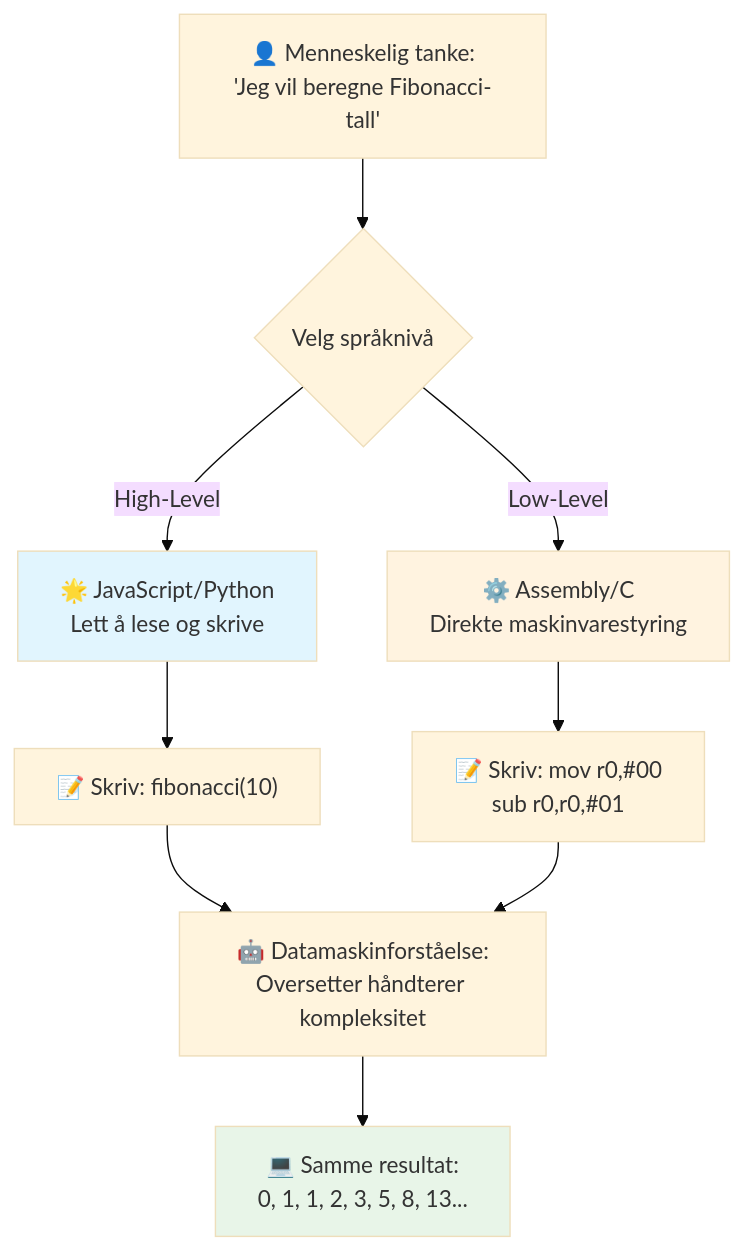
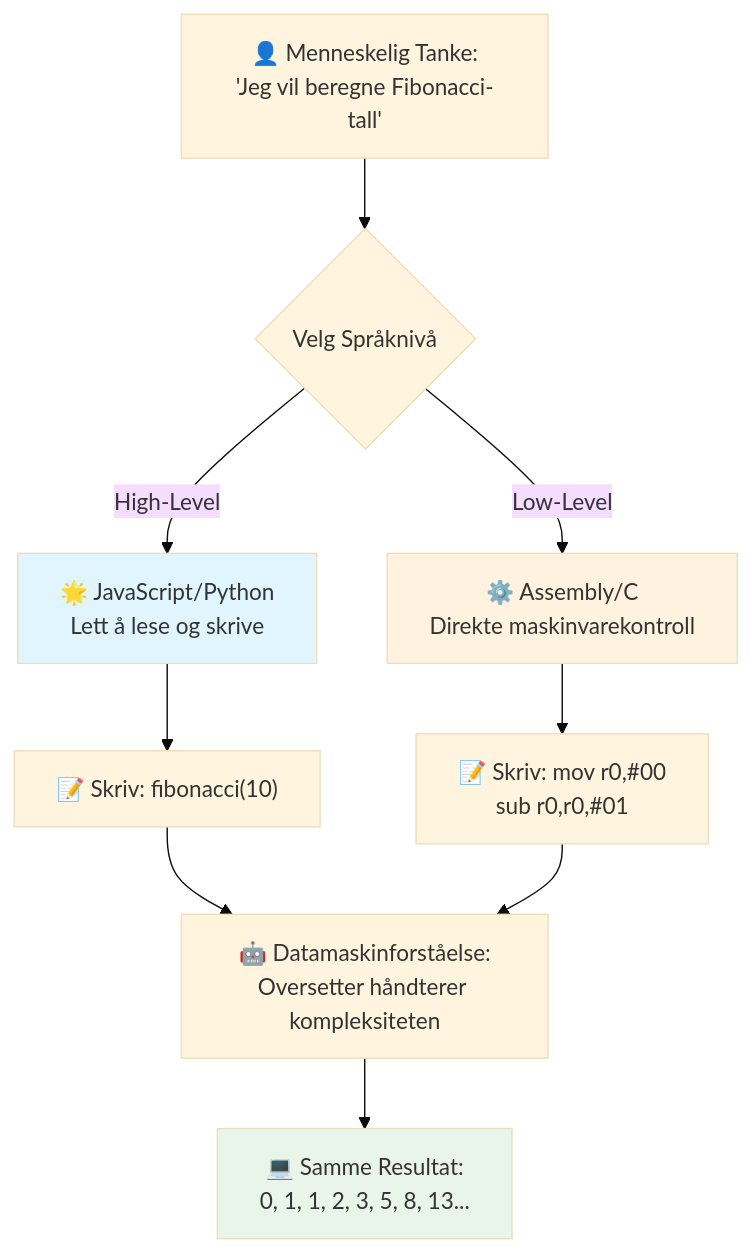
The third of 7 diagrams in translations/no/1-getting-started-lessons/1-intro-to-programming-languages/README.md (microsoft/Web-Dev-For-Beginners), drawn with Mermaid (base theme) before and after one commit. The commit also changed other lines of this file and 11 other files, not shown here.

````diff
--- a/translations/no/1-getting-started-lessons/1-intro-to-programming-languages/README.md
+++ b/translations/no/1-getting-started-lessons/1-intro-to-programming-languages/README.md
@@ -148,19 +148,19 @@
 ```mermaid
 flowchart TB
-    A["👤 Menneskelig tanke:<br/>'Jeg vil beregne Fibonacci-tall'"] --> B{Velg språknivå}
+    A["👤 Menneskelig Tanke:<br/>'Jeg vil beregne Fibonacci-tall'"] --> B{Velg Språknivå}
     
     B -->|High-Level| C["🌟 JavaScript/Python<br/>Lett å lese og skrive"]
-    B -->|Low-Level| D["⚙️ Assembly/C<br/>Direkte maskinvarestyring"]
+    B -->|Low-Level| D["⚙️ Assembly/C<br/>Direkte maskinvarekontroll"]
     
     C --> E["📝 Skriv: fibonacci(10)"]
     D --> F["📝 Skriv: mov r0,#00<br/>sub r0,r0,#01"]
     
-    E --> G["🤖 Datamaskinforståelse:<br/>Oversetter håndterer kompleksitet"]
+    E --> G["🤖 Datamaskinforståelse:<br/>Oversetter håndterer kompleksiteten"]
     F --> G
     
-    G --> H["💻 Samme resultat:<br/>0, 1, 1, 2, 3, 5, 8, 13..."]
+    G --> H["💻 Samme Resultat:<br/>0, 1, 1, 2, 3, 5, 8, 13..."]
     
     style C fill:#e1f5fe
     style D fill:#fff3e0
     style H fill:#e8f5e8
 ```
````
